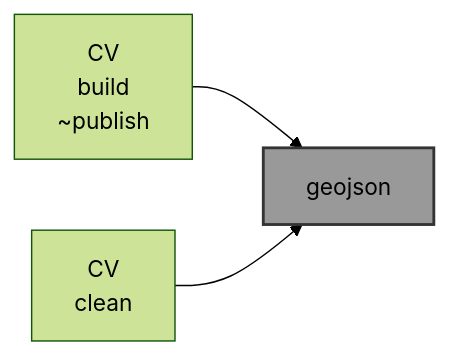
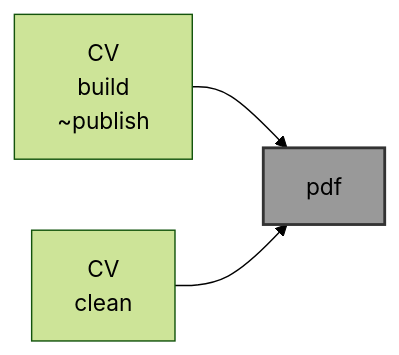
The diagram in README.md (kamangir/CV), drawn with Mermaid (forest theme) before and after one commit. The commit also changed 1 other file, not shown here.

Commit message:
doc++ - kamangir/bolt#746

````diff
--- a/README.md
+++ b/README.md
@@ -9,11 +9,11 @@
 ```mermaid
 graph LR
     build["CV<br>build<br>~publish"]
     clean["CV<br>clean"]
-    CV["geojson"]:::folder
+    CV["pdf"]:::folder
 
     build --> CV
     clean --> CV
 
     classDef folder fill:#999,stroke:#333,stroke-width:2px;
 ```
````
